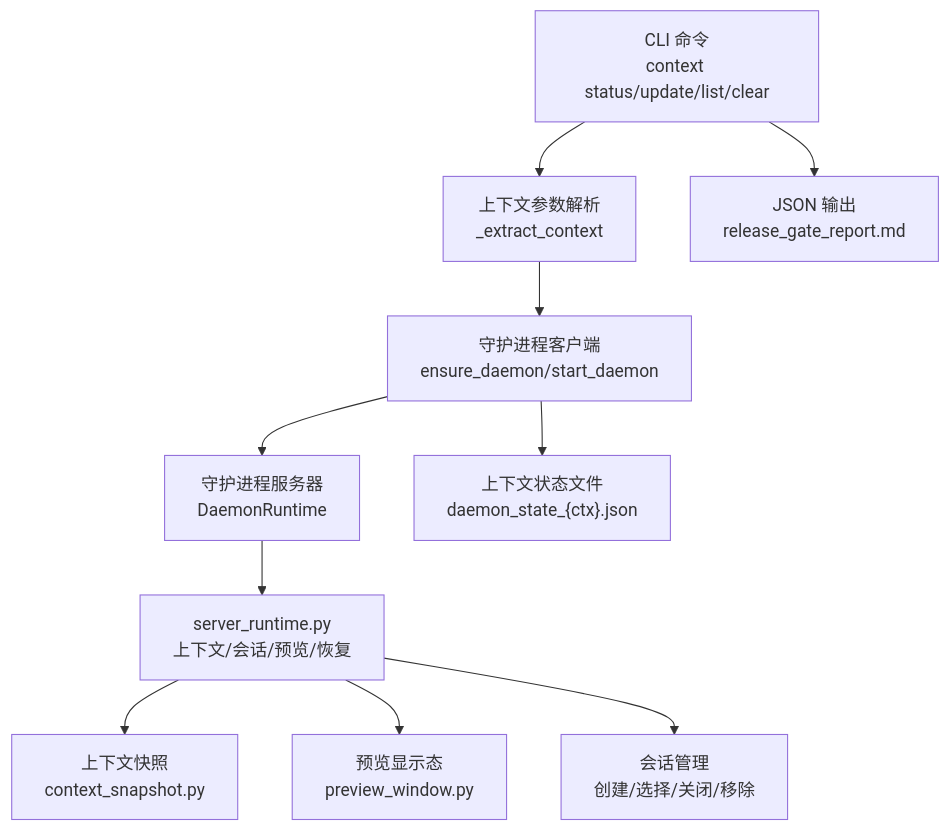
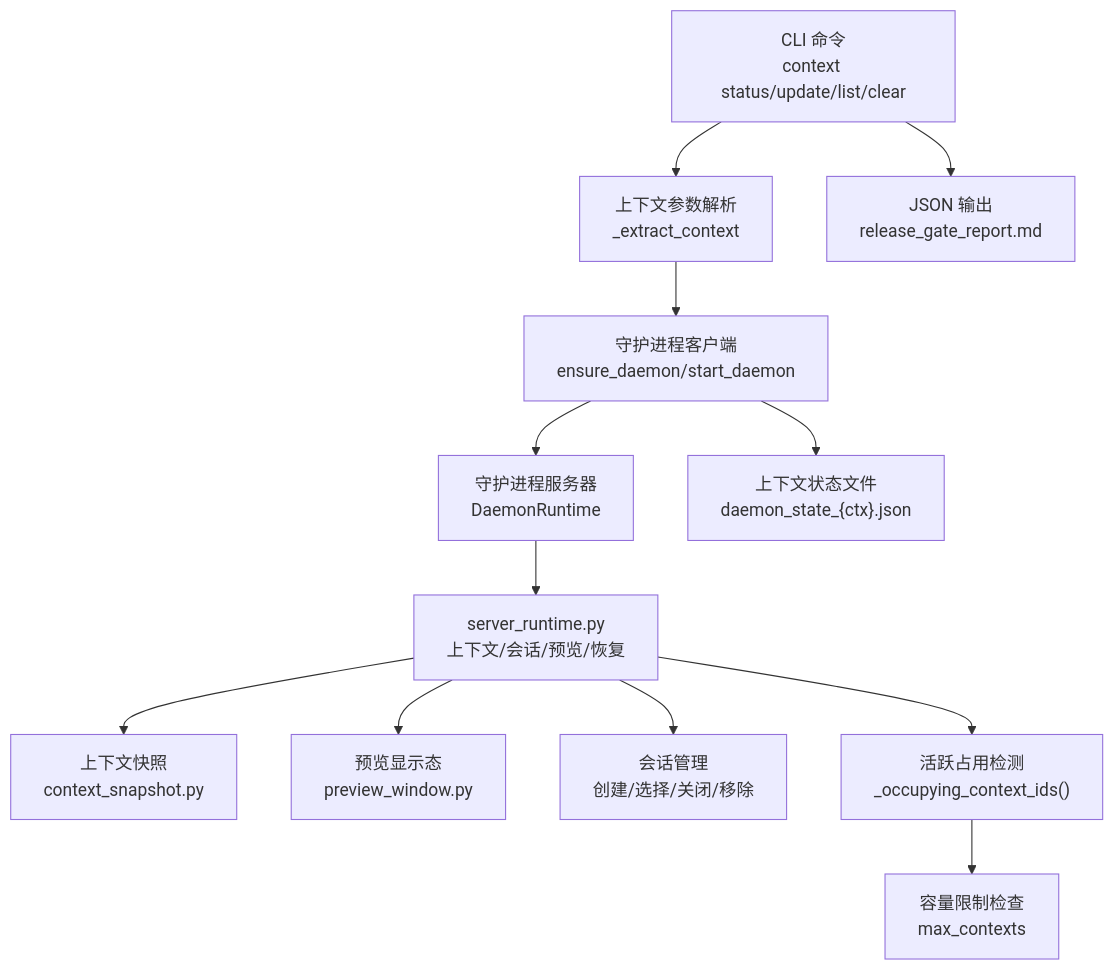
One commit to haolange/RDC-Tool changed the second of 11 diagrams in .qoder/repowiki/zh/content/核心概念/会话模型.md. Above: the diagram before and after it, drawn with Mermaid. The commit also changed other lines of this file and 1 other file, not shown here.

````diff
--- a/.qoder/repowiki/zh/content/核心概念/会话模型.md
+++ b/.qoder/repowiki/zh/content/核心概念/会话模型.md
@@ -124,12 +128,14 @@
 ```mermaid
 graph TB
 CLI["CLI 命令<br/>context status/update/list/clear"] --> PARSE["上下文参数解析<br/>_extract_context"]
 PARSE --> DC["守护进程客户端<br/>ensure_daemon/start_daemon"]
 DC --> DS["守护进程服务器<br/>DaemonRuntime"]
 DS --> SR["server_runtime.py<br/>上下文/会话/预览/恢复"]
 SR --> SNAP["上下文快照<br/>context_snapshot.py"]
 SR --> PREV["预览显示态<br/>preview_window.py"]
 SR --> SESS["会话管理<br/>创建/选择/关闭/移除"]
 CLI --> OUT["JSON 输出<br/>release_gate_report.md"]
 DC --> STATE["上下文状态文件<br/>daemon_state_{ctx}.json"]
+SR --> OCCUPANCY["活跃占用检测<br/>_occupying_context_ids()"]
+OCCUPANCY --> LIMITS["容量限制检查<br/>max_contexts"]
 ```
````
